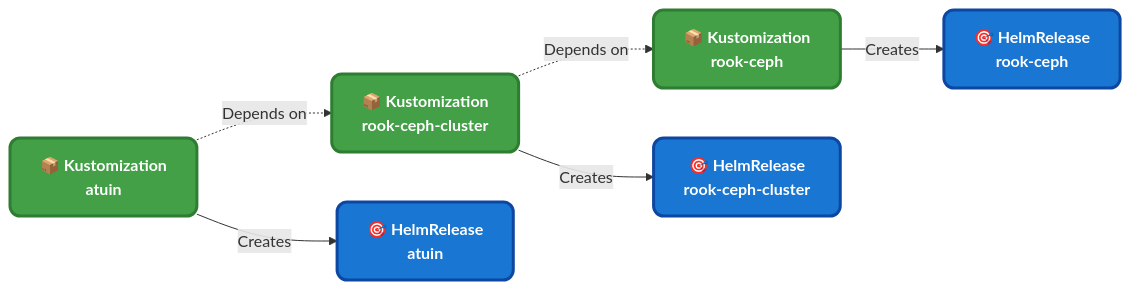
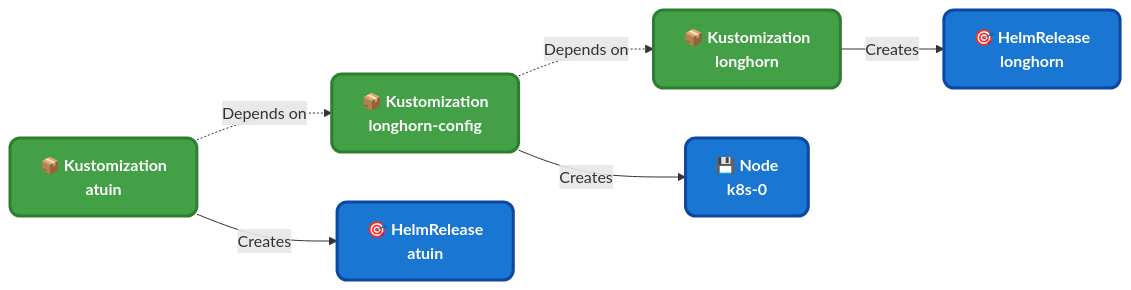
One commit to MrPondi/home-ops changed the diagram in README.md. Above: the diagram before and after it, drawn with Mermaid. The commit also changed other lines of this file, not shown here.

````diff
--- a/README.md
+++ b/README.md
@@ -72,18 +72,18 @@
 ```mermaid
 graph LR
     classDef kustom fill:#43A047,stroke:#2E7D32,stroke-width:3px,color:#fff,font-weight:bold,rx:10,ry:10
     classDef helm fill:#1976D2,stroke:#0D47A1,stroke-width:3px,color:#fff,font-weight:bold,rx:10,ry:10
 
-    A["📦 Kustomization<br/>rook-ceph"]:::kustom
-    B["📦 Kustomization<br/>rook-ceph-cluster"]:::kustom
-    C["🎯 HelmRelease<br/>rook-ceph"]:::helm
-    D["🎯 HelmRelease<br/>rook-ceph-cluster"]:::helm
+    A["📦 Kustomization<br/>longhorn"]:::kustom
+    B["📦 Kustomization<br/>longhorn-config"]:::kustom
+    C["🎯 HelmRelease<br/>longhorn"]:::helm
+    D["💾 Node<br/>k8s-0"]:::helm
     E["📦 Kustomization<br/>atuin"]:::kustom
     F["🎯 HelmRelease<br/>atuin"]:::helm
 
     A -->|Creates| C
     B -->|Creates| D
     B -.->|Depends on| A
     E -->|Creates| F
     E -.->|Depends on| B
 ```
````
